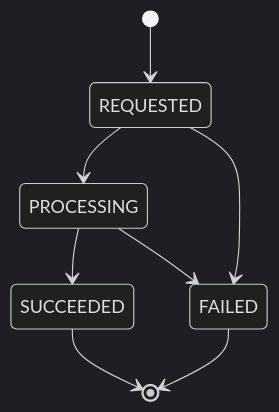
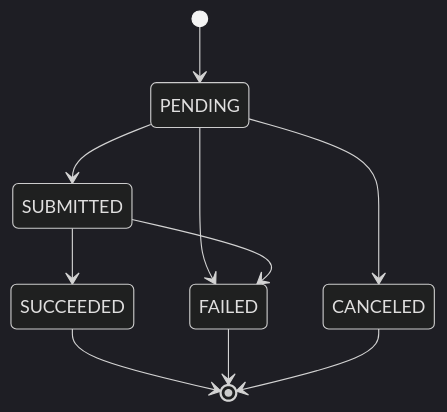
One commit to udaykishore-resu/payments-platform changed the fourth of 14 diagrams in docs/state-machines.md. Above: the diagram before and after it, drawn with Mermaid (dark theme). The commit also changed other lines of this file and 67 other files, not shown here.

````diff
--- a/docs/state-machines.md
+++ b/docs/state-machines.md
@@ -327,10 +414,12 @@
 ```mermaid
 stateDiagram-v2
-    [*] --> REQUESTED
-    REQUESTED --> PROCESSING
-    REQUESTED --> FAILED
-    PROCESSING --> SUCCEEDED
-    PROCESSING --> FAILED
+    [*] --> PENDING
+    PENDING --> SUBMITTED
+    PENDING --> CANCELED
+    PENDING --> FAILED
+    SUBMITTED --> SUCCEEDED
+    SUBMITTED --> FAILED
     SUCCEEDED --> [*]
     FAILED --> [*]
+    CANCELED --> [*]
 ```
````
